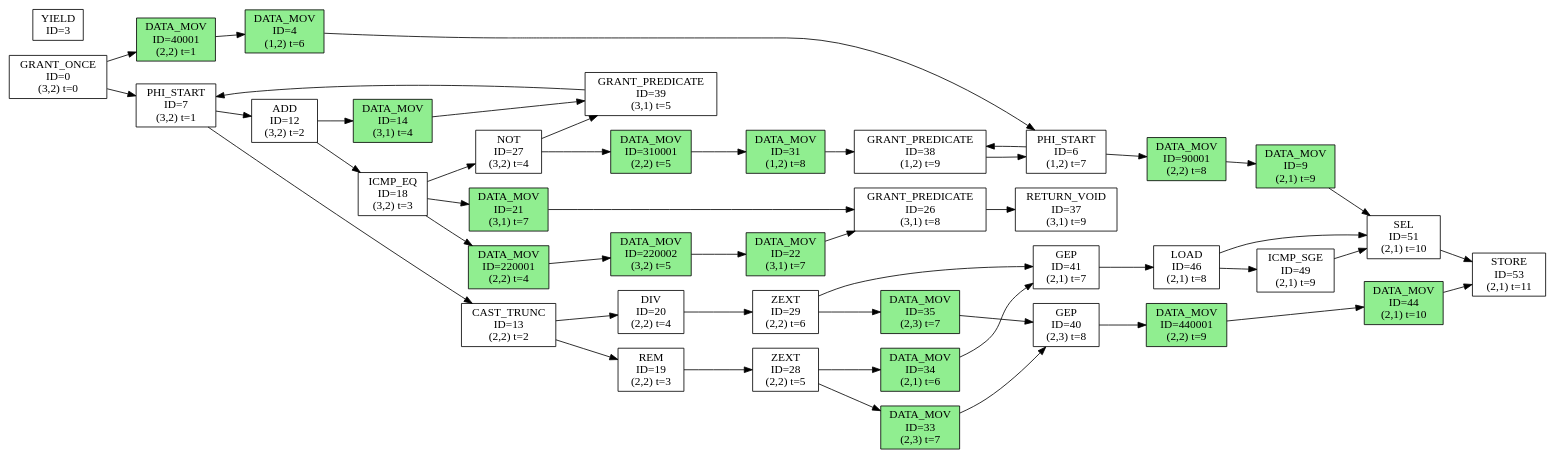
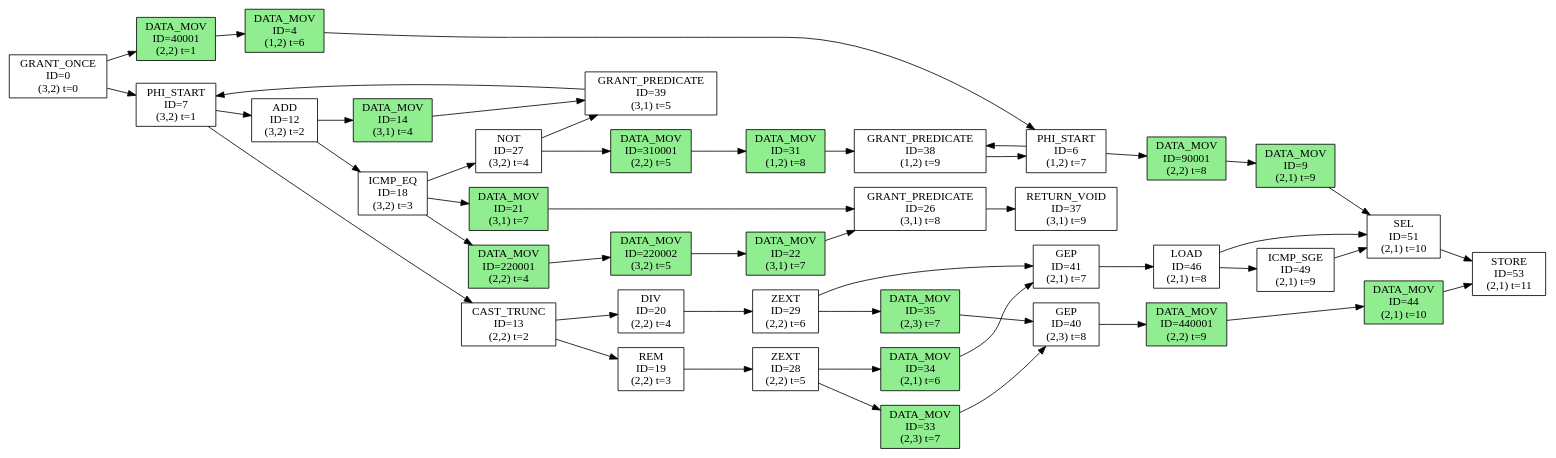
One commit to sarchlab/Zeonica_Testbench changed the diagram in kernel/relu/relu-dfg.dot. Above: the diagram before and after it, drawn with Graphviz. The commit also changed 1 other file, not shown here.

```diff
--- a/kernel/relu/relu-dfg.dot
+++ b/kernel/relu/relu-dfg.dot
@@ -1,88 +1,87 @@
 digraph DFG {
   rankdir=LR;
   node [shape=box, style=filled];
   n0 [label="GRANT_ONCE\nID=0\n(3,2) t=0", fillcolor=white];
-  n3 [label="YIELD\nID=3", fillcolor=white];
   n4 [label="DATA_MOV\nID=4\n(1,2) t=6", fillcolor=lightgreen];
   n6 [label="PHI_START\nID=6\n(1,2) t=7", fillcolor=white];
   n7 [label="PHI_START\nID=7\n(3,2) t=1", fillcolor=white];
   n9 [label="DATA_MOV\nID=9\n(2,1) t=9", fillcolor=lightgreen];
   n12 [label="ADD\nID=12\n(3,2) t=2", fillcolor=white];
   n13 [label="CAST_TRUNC\nID=13\n(2,2) t=2", fillcolor=white];
   n14 [label="DATA_MOV\nID=14\n(3,1) t=4", fillcolor=lightgreen];
   n18 [label="ICMP_EQ\nID=18\n(3,2) t=3", fillcolor=white];
   n19 [label="REM\nID=19\n(2,2) t=3", fillcolor=white];
   n20 [label="DIV\nID=20\n(2,2) t=4", fillcolor=white];
   n21 [label="DATA_MOV\nID=21\n(3,1) t=7", fillcolor=lightgreen];
   n22 [label="DATA_MOV\nID=22\n(3,1) t=7", fillcolor=lightgreen];
   n26 [label="GRANT_PREDICATE\nID=26\n(3,1) t=8", fillcolor=white];
   n27 [label="NOT\nID=27\n(3,2) t=4", fillcolor=white];
   n28 [label="ZEXT\nID=28\n(2,2) t=5", fillcolor=white];
   n29 [label="ZEXT\nID=29\n(2,2) t=6", fillcolor=white];
   n31 [label="DATA_MOV\nID=31\n(1,2) t=8", fillcolor=lightgreen];
   n33 [label="DATA_MOV\nID=33\n(2,3) t=7", fillcolor=lightgreen];
   n34 [label="DATA_MOV\nID=34\n(2,1) t=6", fillcolor=lightgreen];
   n35 [label="DATA_MOV\nID=35\n(2,3) t=7", fillcolor=lightgreen];
   n37 [label="RETURN_VOID\nID=37\n(3,1) t=9", fillcolor=white];
   n38 [label="GRANT_PREDICATE\nID=38\n(1,2) t=9", fillcolor=white];
   n39 [label="GRANT_PREDICATE\nID=39\n(3,1) t=5", fillcolor=white];
   n40 [label="GEP\nID=40\n(2,3) t=8", fillcolor=white];
   n41 [label="GEP\nID=41\n(2,1) t=7", fillcolor=white];
   n44 [label="DATA_MOV\nID=44\n(2,1) t=10", fillcolor=lightgreen];
   n46 [label="LOAD\nID=46\n(2,1) t=8", fillcolor=white];
   n49 [label="ICMP_SGE\nID=49\n(2,1) t=9", fillcolor=white];
   n51 [label="SEL\nID=51\n(2,1) t=10", fillcolor=white];
   n53 [label="STORE\nID=53\n(2,1) t=11", fillcolor=white];
   n40001 [label="DATA_MOV\nID=40001\n(2,2) t=1", fillcolor=lightgreen];
   n90001 [label="DATA_MOV\nID=90001\n(2,2) t=8", fillcolor=lightgreen];
   n220001 [label="DATA_MOV\nID=220001\n(2,2) t=4", fillcolor=lightgreen];
   n220002 [label="DATA_MOV\nID=220002\n(3,2) t=5", fillcolor=lightgreen];
   n310001 [label="DATA_MOV\nID=310001\n(2,2) t=5", fillcolor=lightgreen];
   n440001 [label="DATA_MOV\nID=440001\n(2,2) t=9", fillcolor=lightgreen];
   n28 -> n34;
   n34 -> n41;
   n29 -> n35;
   n28 -> n33;
   n35 -> n40;
   n33 -> n40;
   n12 -> n14;
   n14 -> n39;
   n18 -> n21;
   n21 -> n26;
   n0 -> n40001;
   n40001 -> n4;
   n4 -> n6;
   n6 -> n90001;
   n90001 -> n9;
   n9 -> n51;
   n40 -> n440001;
   n440001 -> n44;
   n44 -> n53;
   n27 -> n310001;
   n310001 -> n31;
   n31 -> n38;
   n18 -> n220001;
   n220001 -> n220002;
   n220002 -> n22;
   n22 -> n26;
   n49 -> n51;
   n46 -> n49;
   n46 -> n51;
   n39 -> n7;
   n38 -> n6;
   n0 -> n7;
   n6 -> n38;
   n7 -> n12;
   n51 -> n53;
   n18 -> n27;
   n29 -> n41;
   n7 -> n13;
   n19 -> n28;
   n12 -> n18;
   n41 -> n46;
   n13 -> n19;
   n13 -> n20;
   n26 -> n37;
   n20 -> n29;
   n27 -> n39;
 }
```
